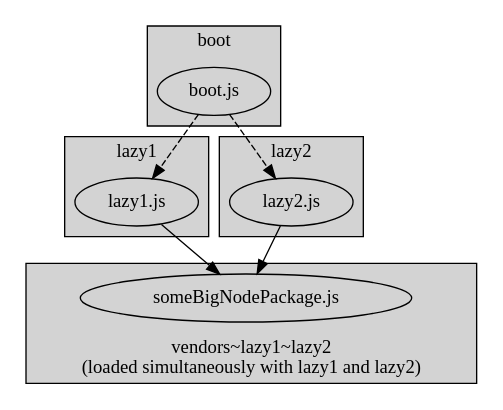
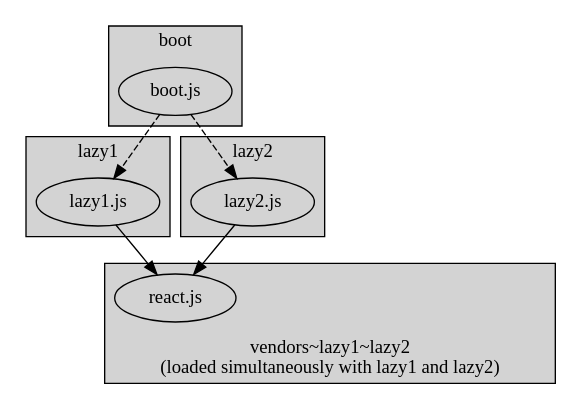
The diagram in graphs/split-chunks/4.dot (MLoughry/webpack-talk), drawn with Graphviz before and after one commit. The commit also changed 7 other files, not shown here.

```diff
--- a/graphs/split-chunks/4.dot
+++ b/graphs/split-chunks/4.dot
@@ -1,33 +1,33 @@
 digraph G {
   edge [fontsize=8]
 
   subgraph cluster_0 {
       label="boot"
       bgcolor=lightgrey
       a [label="boot.js"]
   }
 
   subgraph cluster_1 {
       label="lazy1"
       bgcolor=lightgrey
       b_0 [label="lazy1.js"]
   }
 
   subgraph cluster_2 {
       label="lazy2"
       bgcolor=lightgrey
       b_1 [label="lazy2.js"]
   }
 
   subgraph cluster_3 {
       label="vendors~lazy1~lazy2\n(loaded simultaneously with lazy1 and lazy2)"
       labelloc=b
       bgcolor=lightgrey
-      c [label="someBigNodePackage.js"]
+      c [label="react.js"]
   }
 
   a -> b_0 [style=dashed]
   a -> b_1 [style=dashed]
   b_0 -> c 
   b_1 -> c 
 }
```
